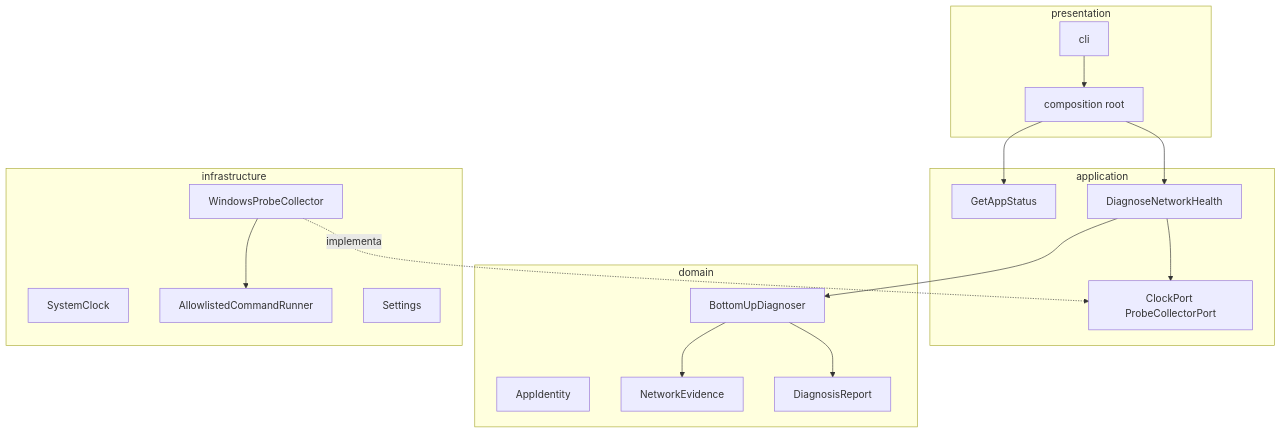
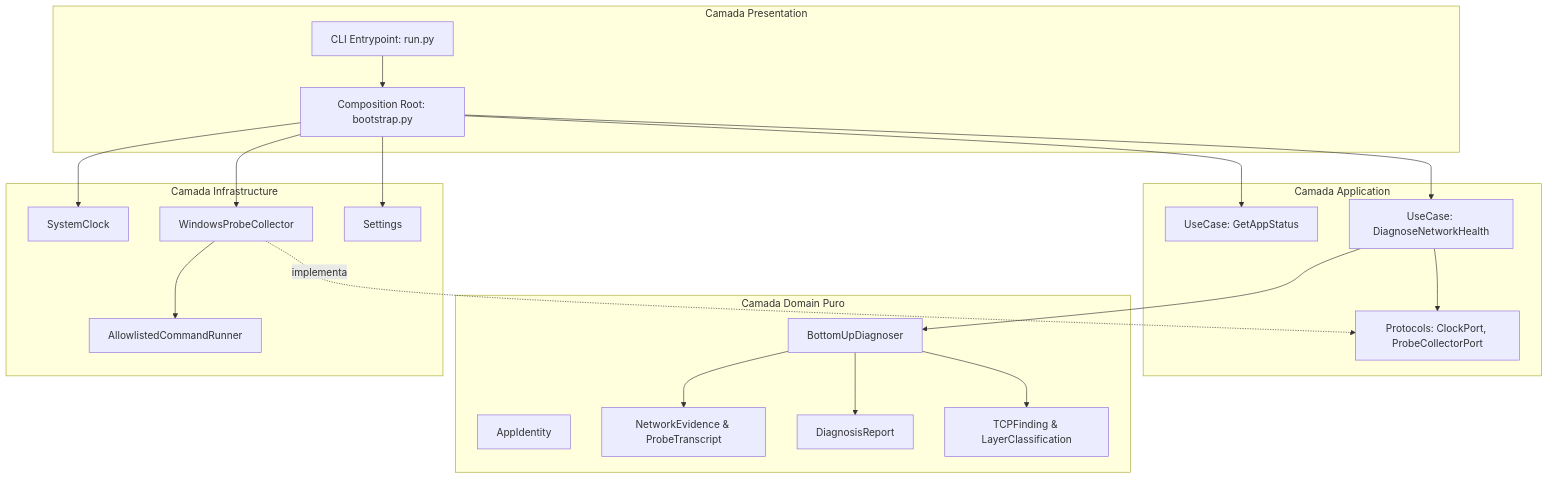
One commit to victorh-silveira/script-net-health changed the diagram in docs/arquitetura.md. Above: the diagram before and after it, drawn with Mermaid. The commit also changed other lines of this file and 51 other files, not shown here.

````diff
--- a/docs/arquitetura.md
+++ b/docs/arquitetura.md
@@ -9,33 +12,42 @@
 ```mermaid
 flowchart TB
-  subgraph presentation [presentation]
-    CLI[cli]
-    Root[composition root]
+  subgraph presentation [Camada Presentation]
+    CLI[CLI Entrypoint: run.py]
+    Root[Composition Root: bootstrap.py]
   end
-  subgraph application [application]
-    StatusUC[GetAppStatus]
-    DiagUC[DiagnoseNetworkHealth]
-    Ports[ClockPort ProbeCollectorPort]
+
+  subgraph application [Camada Application]
+    StatusUC[UseCase: GetAppStatus]
+    DiagUC[UseCase: DiagnoseNetworkHealth]
+    Ports[Protocols: ClockPort, ProbeCollectorPort]
   end
-  subgraph domain [domain]
+
+  subgraph domain [Camada Domain Puro]
     Identity[AppIdentity]
-    Evidence[NetworkEvidence]
+    Evidence[NetworkEvidence & ProbeTranscript]
     Diagnoser[BottomUpDiagnoser]
     Report[DiagnosisReport]
+    Findings[TCPFinding & LayerClassification]
   end
-  subgraph infrastructure [infrastructure]
+
+  subgraph infrastructure [Camada Infrastructure]
     Clock[SystemClock]
     Collector[WindowsProbeCollector]
     Runner[AllowlistedCommandRunner]
     Cfg[Settings]
   end
+
   CLI --> Root
   Root --> StatusUC
   Root --> DiagUC
   DiagUC --> Ports
   DiagUC --> Diagnoser
   Diagnoser --> Evidence
+  Diagnoser --> Findings
   Diagnoser --> Report
   Collector -.->|implementa| Ports
   Collector --> Runner
+  Root --> Cfg
+  Root --> Collector
+  Root --> Clock
 ```
````
